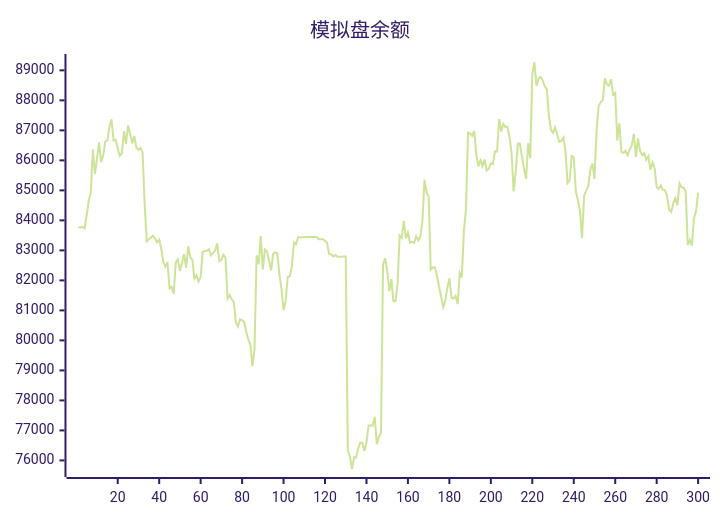
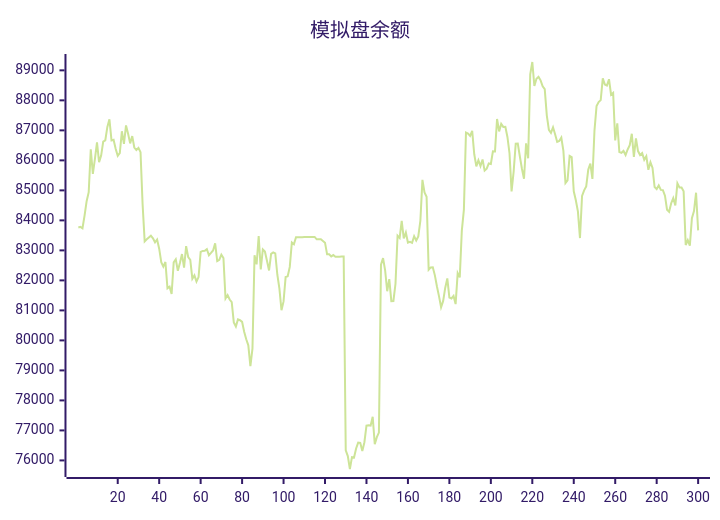
Before and after one commit to aahl/ai-trading: the diagram in README.md, drawn with Mermaid (forest theme). The commit also changed other lines of this file and 1 other file, not shown here.

````diff
--- a/README.md
+++ b/README.md
@@ -5,5 +5,5 @@
 ```mermaid
 xychart
     title "模拟盘余额"
-    line [83775,83762,83785,83738,84160,84639,84939,86370,85548,86046,86599,85942,86161,86622,86664,87115,87369,86666,86685,86384,86152,86243,86969,86548,87164,86885,86566,86809,86427,86348,86417,86273,84538,83299,83369,83430,83490,83404,83270,83362,83056,82605,82459,82614,81734,81788,81551,82598,82702,82320,82580,82878,82426,83139,82778,82686,82056,82166,81963,82110,82951,82983,82984,83038,82838,82915,82998,83235,82642,82682,82858,82746,81396,81512,81362,81277,80600,80461,80699,80673,80616,80288,80038,79836,79142,79722,82837,82533,83480,82366,83032,82960,82654,82330,82883,82934,82901,82188,81728,81005,81298,82110,82135,82449,83264,83203,83440,83439,83440,83440,83446,83447,83448,83447,83448,83449,83369,83369,83369,83313,83256,82872,82873,82801,82844,82785,82791,82791,82793,82794,76339,76145,75714,76110,76096,76397,76594,76585,76310,76607,77160,77170,77160,77456,76541,76774,76927,82520,82744,82337,81639,82040,81307,81314,81887,83490,83414,83984,83396,83594,83261,83287,83253,83470,83327,83465,83987,85348,84930,84786,82355,82433,82438,82167,81795,81466,81105,81315,81756,82064,81426,81398,81481,81210,82242,82099,83658,84359,86925,86892,86814,86980,86203,85802,86003,85811,86028,85657,85721,85896,85880,86300,86299,87378,86965,87214,87115,87118,86780,86238,84966,85623,86555,86562,86129,85722,85387,86569,86070,88870,89278,88477,88720,88781,88668,88467,88372,87493,87018,86917,87102,86870,86613,86644,86758,86317,85242,85334,86149,86106,84968,84671,84302,83410,84816,85001,85127,85693,85891,85384,87001,87811,87945,88007,88734,88528,88495,88705,88189,88248,86662,87234,86279,86251,86314,86177,86364,86503,86886,86114,86731,86310,86176,86240,86017,86136,85685,85938,85749,85111,85044,85164,85016,85008,84824,84354,84287,84572,84745,84500,85234,85096,85095,84970,83180,83338,83157,84070,84309,84922]
+    line [83762,83785,83738,84160,84639,84939,86370,85548,86046,86599,85942,86161,86622,86664,87115,87369,86666,86685,86384,86152,86243,86969,86548,87164,86885,86566,86809,86427,86348,86417,86273,84538,83299,83369,83430,83490,83404,83270,83362,83056,82605,82459,82614,81734,81788,81551,82598,82702,82320,82580,82878,82426,83139,82778,82686,82056,82166,81963,82110,82951,82983,82984,83038,82838,82915,82998,83235,82642,82682,82858,82746,81396,81512,81362,81277,80600,80461,80699,80673,80616,80288,80038,79836,79142,79722,82837,82533,83480,82366,83032,82960,82654,82330,82883,82934,82901,82188,81728,81005,81298,82110,82135,82449,83264,83203,83440,83439,83440,83440,83446,83447,83448,83447,83448,83449,83369,83369,83369,83313,83256,82872,82873,82801,82844,82785,82791,82791,82793,82794,76339,76145,75714,76110,76096,76397,76594,76585,76310,76607,77160,77170,77160,77456,76541,76774,76927,82520,82744,82337,81639,82040,81307,81314,81887,83490,83414,83984,83396,83594,83261,83287,83253,83470,83327,83465,83987,85348,84930,84786,82355,82433,82438,82167,81795,81466,81105,81315,81756,82064,81426,81398,81481,81210,82242,82099,83658,84359,86925,86892,86814,86980,86203,85802,86003,85811,86028,85657,85721,85896,85880,86300,86299,87378,86965,87214,87115,87118,86780,86238,84966,85623,86555,86562,86129,85722,85387,86569,86070,88870,89278,88477,88720,88781,88668,88467,88372,87493,87018,86917,87102,86870,86613,86644,86758,86317,85242,85334,86149,86106,84968,84671,84302,83410,84816,85001,85127,85693,85891,85384,87001,87811,87945,88007,88734,88528,88495,88705,88189,88248,86662,87234,86279,86251,86314,86177,86364,86503,86886,86114,86731,86310,86176,86240,86017,86136,85685,85938,85749,85111,85044,85164,85016,85008,84824,84354,84287,84572,84745,84500,85234,85096,85095,84970,83180,83338,83157,84070,84309,84922,83667]
 ```
````
